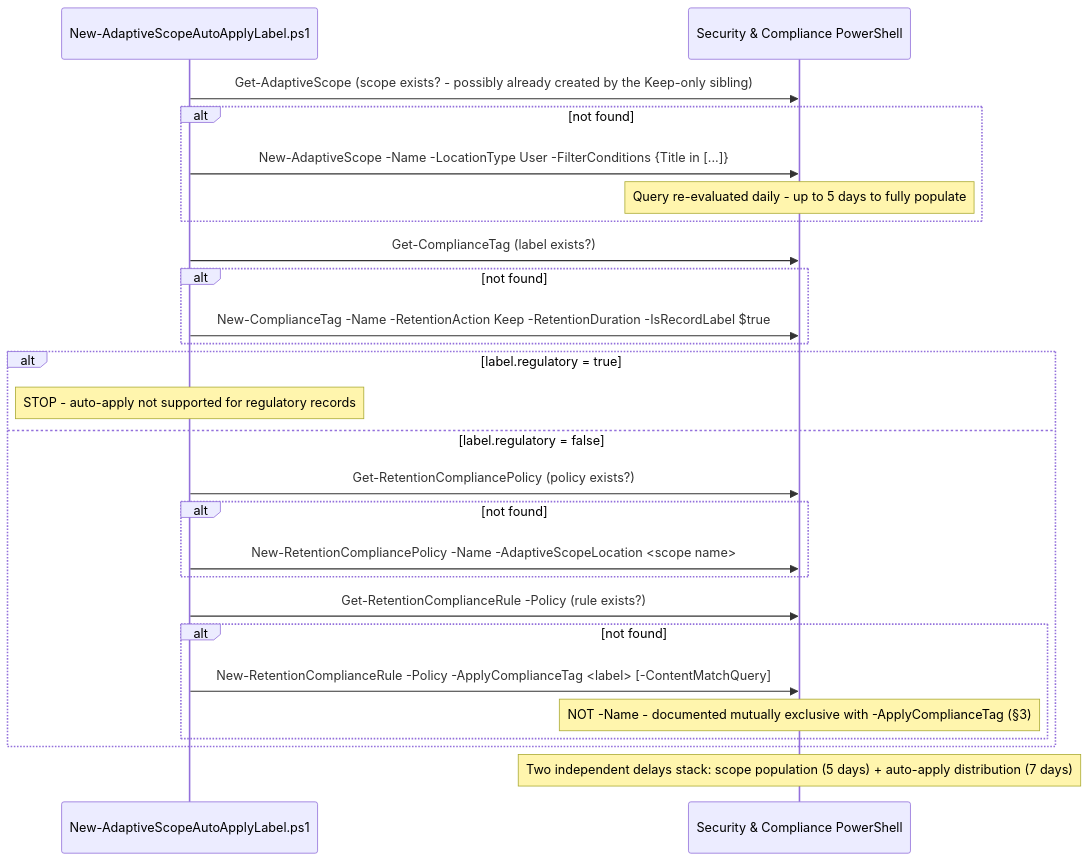
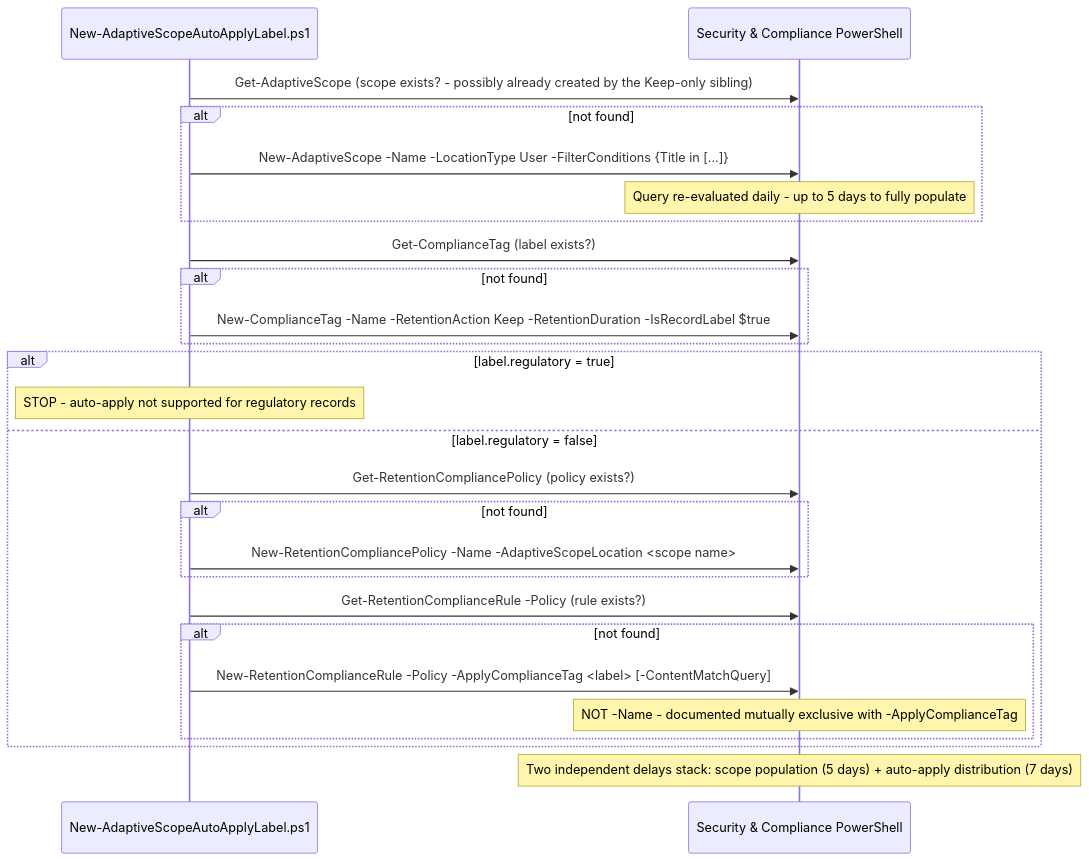
Before and after one commit to kpsec1/kpsec1.github.io: the diagram in src/content/scenarios/data-lifecycle-management/adaptive-scope-auto-apply-label.design.md, drawn with Mermaid. The commit also changed 269 other files, not shown here.

````diff
--- a/src/content/scenarios/data-lifecycle-management/adaptive-scope-auto-apply-label.design.md
+++ b/src/content/scenarios/data-lifecycle-management/adaptive-scope-auto-apply-label.design.md
@@ -65,29 +65,29 @@
 ```mermaid
 sequenceDiagram
     participant Script as New-AdaptiveScopeAutoApplyLabel.ps1
     participant SCC as Security & Compliance PowerShell
 
     Script->>SCC: Get-AdaptiveScope (scope exists? - possibly already created by the Keep-only sibling)
     alt not found
         Script->>SCC: New-AdaptiveScope -Name -LocationType User -FilterConditions {Title in [...]}
         Note over SCC: Query re-evaluated daily -  up to 5 days to fully populate
     end
     Script->>SCC: Get-ComplianceTag (label exists?)
     alt not found
         Script->>SCC: New-ComplianceTag -Name -RetentionAction Keep -RetentionDuration -IsRecordLabel $true
     end
     alt label.regulatory = true
         Note over Script: STOP - auto-apply not supported for regulatory records
     else label.regulatory = false
         Script->>SCC: Get-RetentionCompliancePolicy (policy exists?)
         alt not found
             Script->>SCC: New-RetentionCompliancePolicy -Name -AdaptiveScopeLocation <scope name>
         end
         Script->>SCC: Get-RetentionComplianceRule -Policy (rule exists?)
         alt not found
             Script->>SCC: New-RetentionComplianceRule -Policy -ApplyComplianceTag <label> [-ContentMatchQuery]
-            Note over SCC: NOT -Name - documented mutually exclusive with -ApplyComplianceTag (§3)
+            Note over SCC: NOT -Name - documented mutually exclusive with -ApplyComplianceTag
         end
     end
     Note over SCC: Two independent delays stack: scope population (5 days) + auto-apply distribution (7 days)
 ```
````
